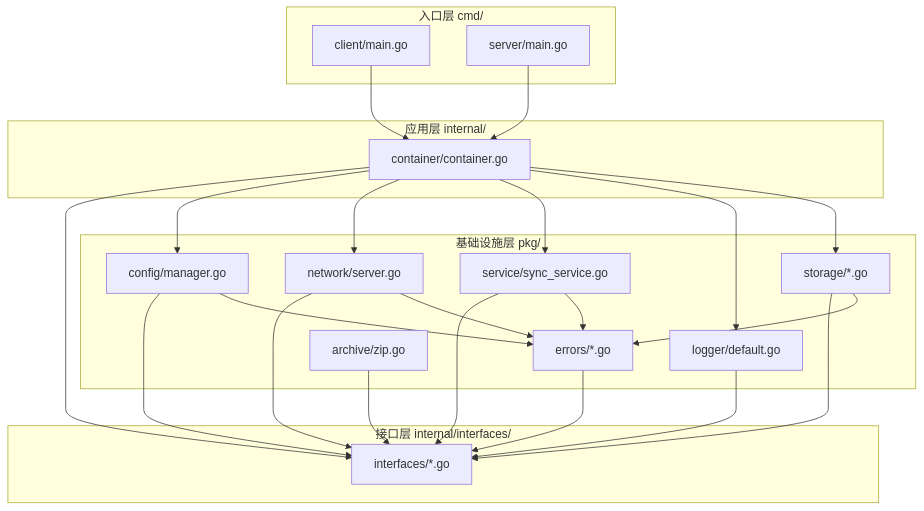
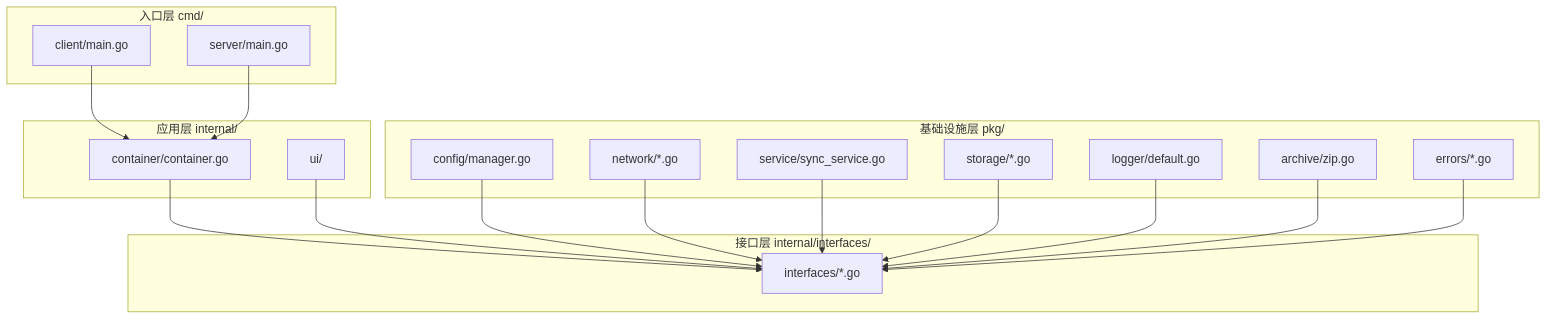
One commit to KlN-4096/synctools changed the diagram in CODEBASE.md. Above: the diagram before and after it, drawn with Mermaid. The commit also changed other lines of this file and 5 other files, not shown here.

````diff
--- a/CODEBASE.md
+++ b/CODEBASE.md
@@ -112,52 +111,39 @@
 ```mermaid
 graph TB
     subgraph 入口层[入口层 cmd/]
         Client[client/main.go]
         Server[server/main.go]
     end
 
     subgraph 应用层[应用层 internal/]
         Container[container/container.go]
+        UI[ui/]
     end
 
     subgraph 接口层[接口层 internal/interfaces/]
         Interfaces[interfaces/*.go]
     end
 
     subgraph 基础设施层[基础设施层 pkg/]
         Config[config/manager.go]
-        Network[network/server.go]
+        Network[network/*.go]
         Service[service/sync_service.go]
+        Storage[storage/*.go]
+        Logger[logger/default.go]
+        Archive[archive/zip.go]
         Errors[errors/*.go]
-        Logger[logger/default.go]
-        Storage[storage/*.go]
-        Archive[archive/zip.go]
     end
 
-    %% 入口层依赖
+    %% 依赖关系
     Client --> Container
     Server --> Container
-
-    %% 应用层依赖
     Container --> Interfaces
-    Container --> Config
-    Container --> Network
-    Container --> Service
-    Container --> Logger
-    Container --> Storage
-
-    %% 基础设施层依赖
+    UI --> Interfaces
     Config --> Interfaces
     Network --> Interfaces
     Service --> Interfaces
+    Storage --> Interfaces
     Logger --> Interfaces
-    Storage --> Interfaces
     Archive --> Interfaces
     Errors --> Interfaces
-
-    %% 错误处理依赖
-    Config --> Errors
-    Network --> Errors
-    Service --> Errors
-    Storage --> Errors
 ```
````
